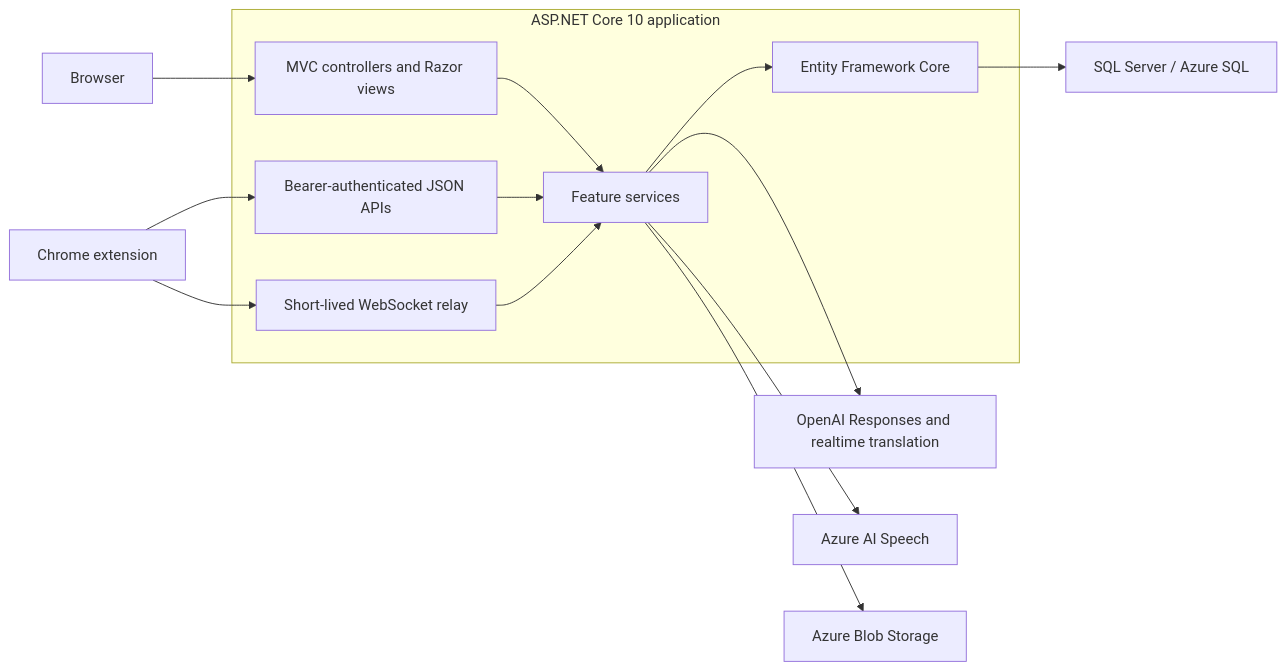
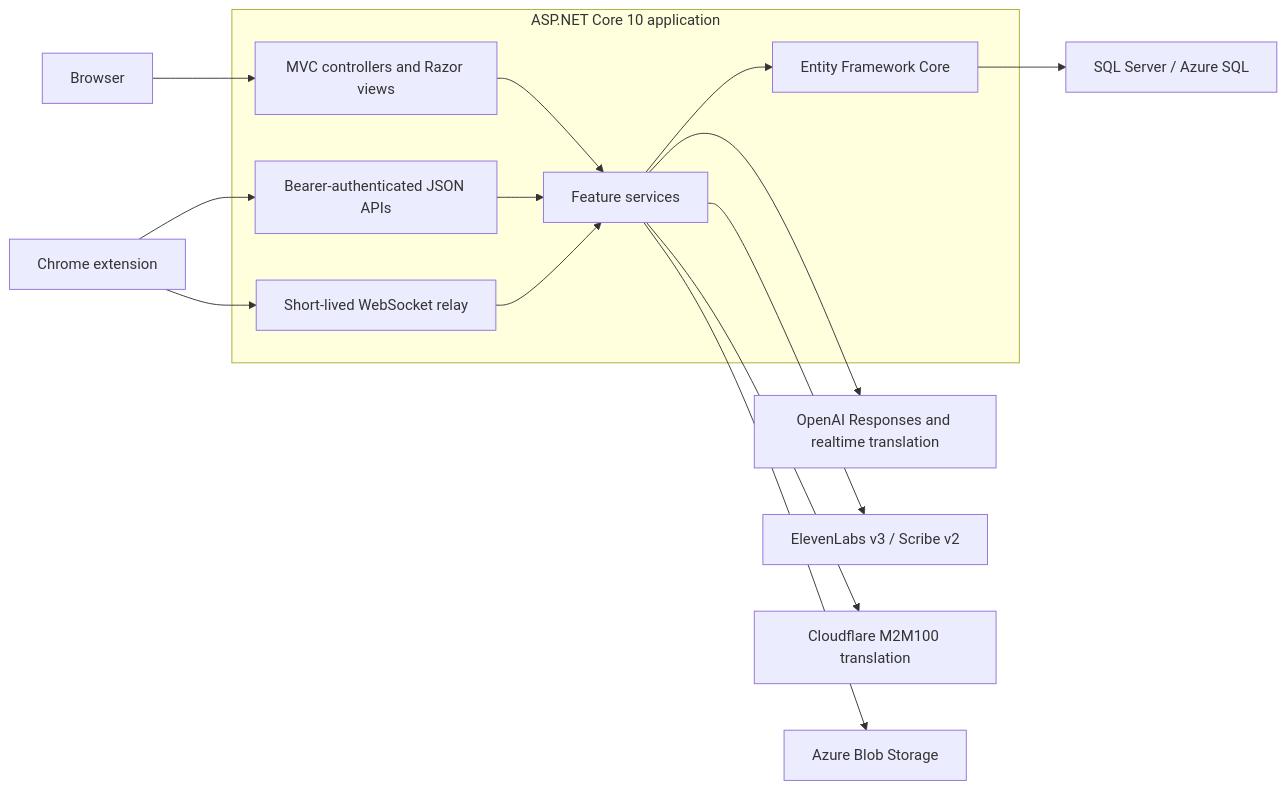
One commit to gusbo9233/Glosify-.net changed the diagram in docs/portfolio-case-study.md. Above: the diagram before and after it, drawn with Mermaid. The commit also changed other lines of this file and 4 other files, not shown here.

````diff
--- a/docs/portfolio-case-study.md
+++ b/docs/portfolio-case-study.md
@@ -67,20 +80,21 @@
 ```mermaid
 flowchart LR
     Browser["Browser"]
     Extension["Chrome extension"]
 
     subgraph WebApp["ASP.NET Core 10 application"]
         MVC["MVC controllers and Razor views"] --> Services["Feature services"]
         API["Bearer-authenticated JSON APIs"] --> Services
         Relay --> Services
         Services --> EF["Entity Framework Core"]
     end
 
     Browser --> MVC
     Extension --> API
     Extension --> Relay["Short-lived WebSocket relay"]
     EF --> SQL["SQL Server / Azure SQL"]
     Services --> OpenAI["OpenAI Responses and realtime translation"]
-    Services --> Speech["Azure AI Speech"]
+    Services --> Speech["ElevenLabs v3 / Scribe v2"]
+    Services --> Cloudflare["Cloudflare M2M100 translation"]
     Services --> Storage["Azure Blob Storage"]
 ```
````
